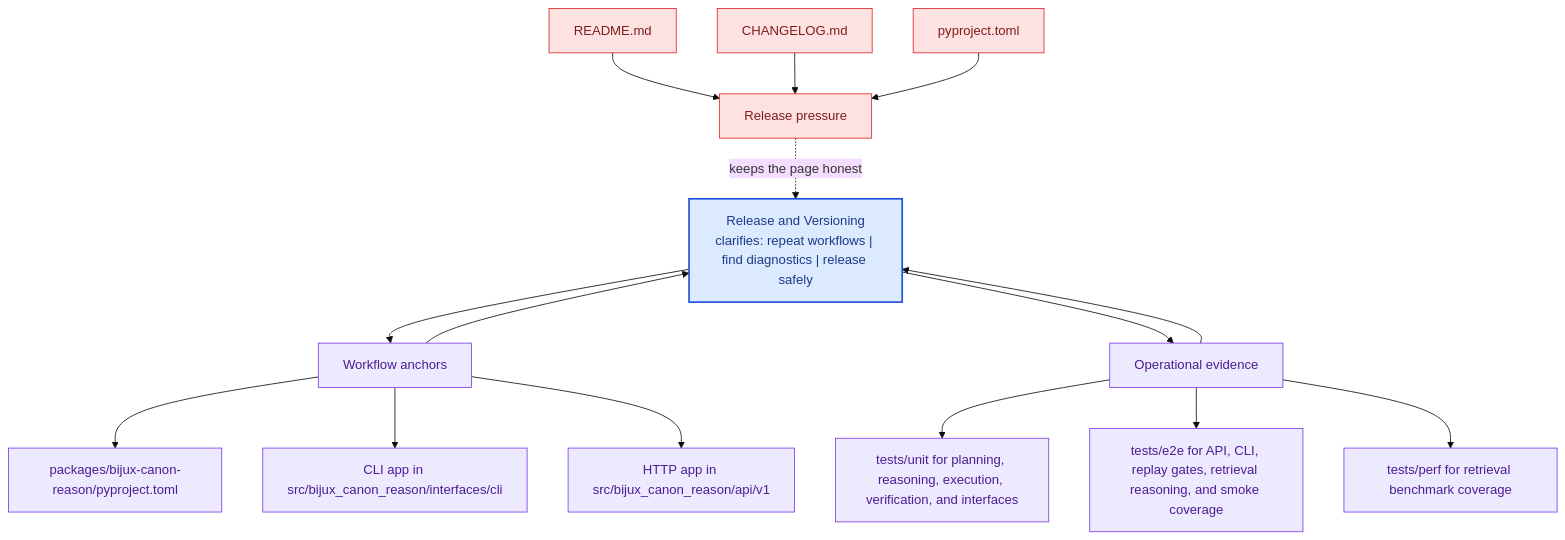
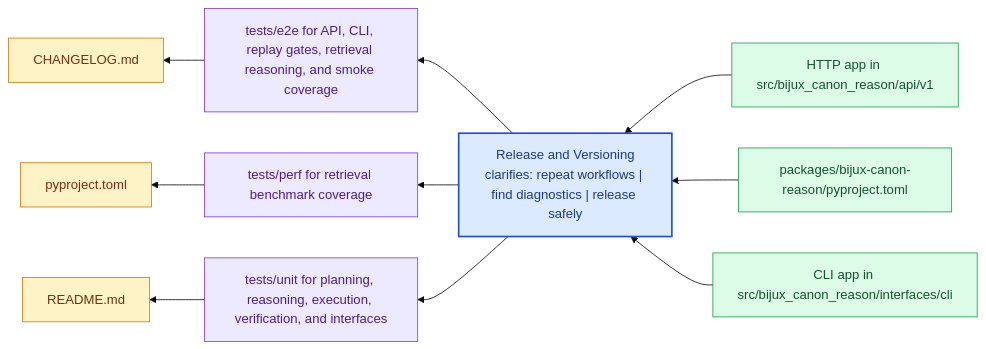
One commit to bijux/bijux-canon changed the diagram in docs/bijux-canon-reason/operations/release-and-versioning.md. Above: the diagram before and after it, drawn with Mermaid (base theme). The commit also changed other lines of this file and 281 other files, not shown here.

Commit message:
docs(diagrams): replace repeated mermaid scaffolds with page-specific summaries

````diff
--- a/docs/bijux-canon-reason/operations/release-and-versioning.md
+++ b/docs/bijux-canon-reason/operations/release-and-versioning.md
@@ -68,41 +23,31 @@
 ```mermaid
-flowchart TB
-    promise["Release and Versioning<br/>clarifies: repeat workflows | find diagnostics | release safely"]
-    classDef promise fill:#dbeafe,stroke:#1d4ed8,color:#1e3a8a,stroke-width:2px;
-    classDef driver fill:#dcfce7,stroke:#16a34a,color:#14532d;
-    classDef constraint fill:#fee2e2,stroke:#dc2626,color:#7f1d1d;
-    classDef ground fill:#ede9fe,stroke:#7c3aed,color:#4c1d95;
-    focus1["Workflow anchors"]
-    focus1 --> promise
-    promise --> focus1
-    focus1_1["packages/bijux-canon-reason/pyproject.toml"]
-    focus1 --> focus1_1
-    focus1_2["CLI app in src/bijux_canon_reason/interfaces/cli"]
-    focus1 --> focus1_2
-    focus1_3["HTTP app in src/bijux_canon_reason/api/v1"]
-    focus1 --> focus1_3
-    class focus1 ground;
-    class focus1_1,focus1_2,focus1_3 ground;
-    focus2["Operational evidence"]
-    focus2 --> promise
-    promise --> focus2
-    focus2_1["tests/unit for planning, reasoning, execution, verification, and interfaces"]
-    focus2 --> focus2_1
-    focus2_2["tests/e2e for API, CLI, replay gates, retrieval reasoning, and smoke coverage"]
-    focus2 --> focus2_2
-    focus2_3["tests/perf for retrieval benchmark coverage"]
-    focus2 --> focus2_3
-    class focus2 ground;
-    class focus2_1,focus2_2,focus2_3 ground;
-    focus3["Release pressure"]
-    focus3 -.keeps the page honest.-> promise
-    focus3_1["README.md"]
-    focus3_1 --> focus3
-    focus3_2["CHANGELOG.md"]
-    focus3_2 --> focus3
-    focus3_3["pyproject.toml"]
-    focus3_3 --> focus3
-    class focus3 constraint;
-    class focus3_1,focus3_2,focus3_3 constraint;
-    class promise promise;
+flowchart RL
+    page["Release and Versioning<br/>clarifies: repeat workflows | find diagnostics | release safely"]
+    classDef page fill:#dbeafe,stroke:#1d4ed8,color:#1e3a8a,stroke-width:2px;
+    classDef positive fill:#dcfce7,stroke:#16a34a,color:#14532d;
+    classDef caution fill:#fee2e2,stroke:#dc2626,color:#7f1d1d;
+    classDef anchor fill:#ede9fe,stroke:#7c3aed,color:#4c1d95;
+    classDef action fill:#fef3c7,stroke:#d97706,color:#7c2d12;
+    step1["HTTP app in src/bijux_canon_reason/api/v1"]
+    step1 --> page
+    step2["packages/bijux-canon-reason/pyproject.toml"]
+    step2 --> page
+    step3["CLI app in src/bijux_canon_reason/interfaces/cli"]
+    step3 --> page
+    run1["tests/e2e for API, CLI, replay gates, retrieval reasoning, and smoke coverage"]
+    page --> run1
+    run2["tests/perf for retrieval benchmark coverage"]
+    page --> run2
+    run3["tests/unit for planning, reasoning, execution, verification, and interfaces"]
+    page --> run3
+    release1["CHANGELOG.md"]
+    run1 --> release1
+    release2["pyproject.toml"]
+    run2 --> release2
+    release3["README.md"]
+    run3 --> release3
+    class page page;
+    class step1,step2,step3 positive;
+    class run1,run2,run3 anchor;
+    class release1,release2,release3 action;
 ```
````
